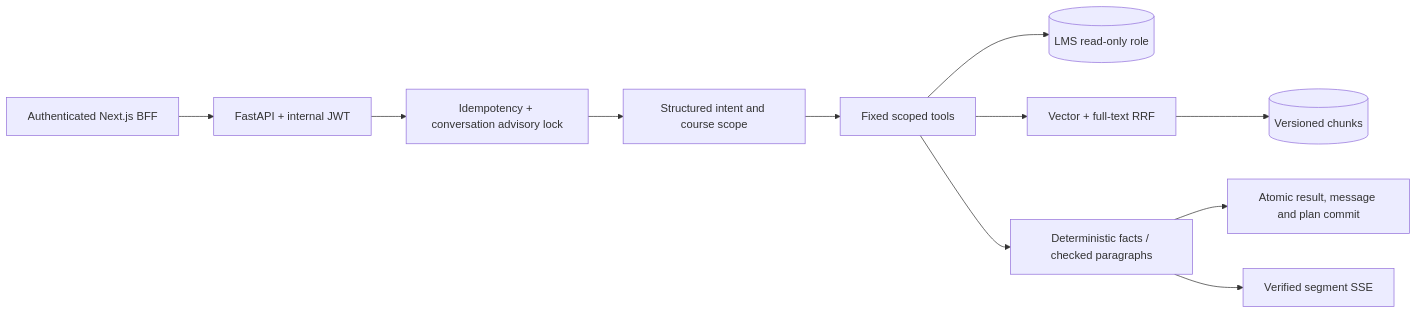
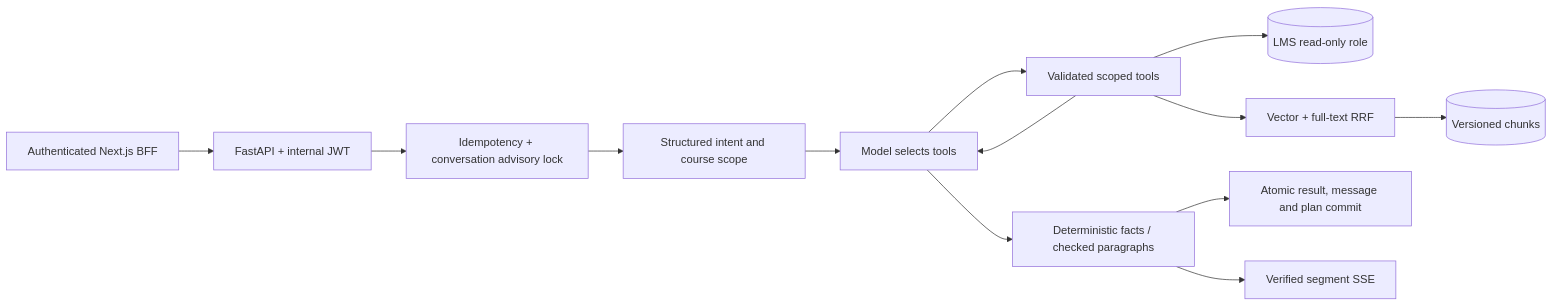
One commit to HousenZhu/coursepilot-ai-agent changed the diagram in docs/architecture.md. Above: the diagram before and after it, drawn with Mermaid. The commit also changed other lines of this file and 29 other files, not shown here.

````diff
--- a/docs/architecture.md
+++ b/docs/architecture.md
@@ -5,13 +5,15 @@
 ```mermaid
 flowchart LR
   BFF[Authenticated Next.js BFF] --> API[FastAPI + internal JWT]
   API --> LOCK[Idempotency + conversation advisory lock]
   LOCK --> ROUTE[Structured intent and course scope]
-  ROUTE --> TOOLS[Fixed scoped tools]
+  ROUTE --> AGENT[Model selects tools]
+  AGENT --> TOOLS[Validated scoped tools]
+  TOOLS --> AGENT
   TOOLS --> LMS[(LMS read-only role)]
   TOOLS --> RAG[Vector + full-text RRF]
   RAG --> DB[(Versioned chunks)]
-  TOOLS --> OUTPUT[Deterministic facts / checked paragraphs]
+  AGENT --> OUTPUT[Deterministic facts / checked paragraphs]
   OUTPUT --> TX[Atomic result, message and plan commit]
   OUTPUT --> SSE[Verified segment SSE]
 ```
````
